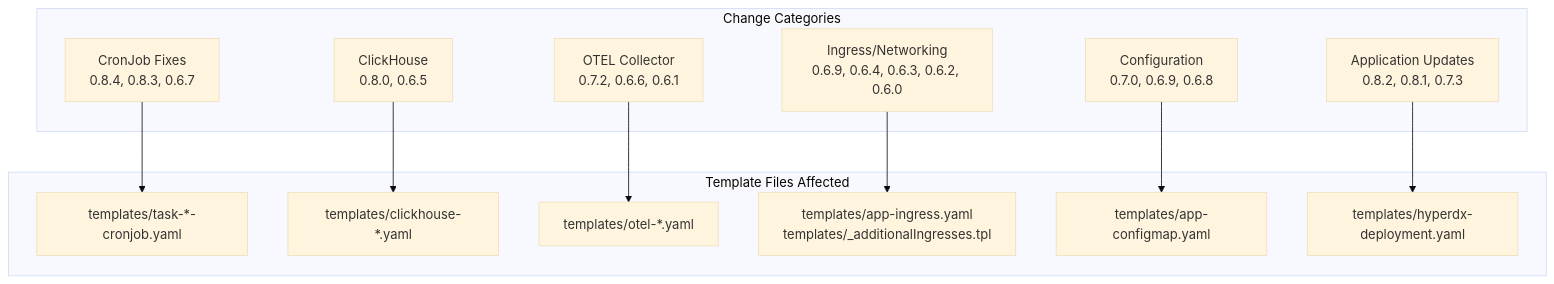
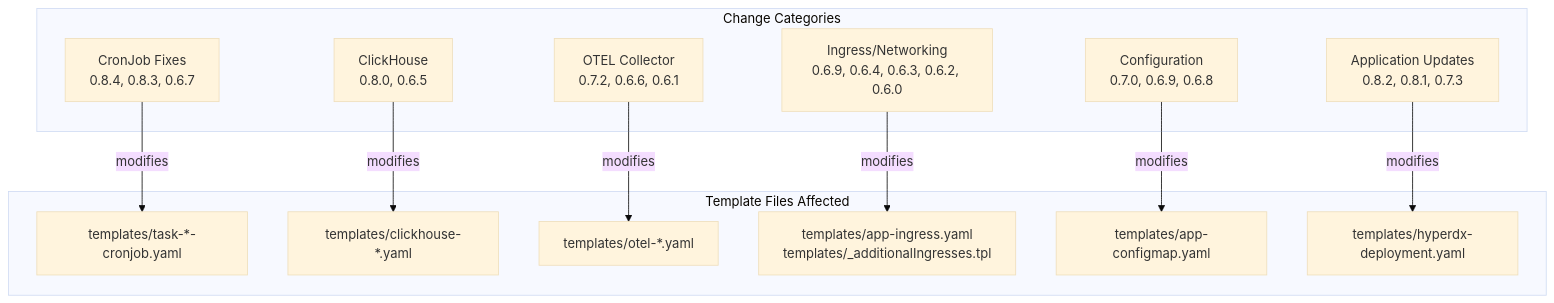
One commit to openchoreo/openchoreo changed the fifth of 6 diagrams in docs/hyperdxio-helm-charts-docs/What's-New.md. Above: the diagram before and after it, drawn with Mermaid (base theme). The commit also changed other lines of this file and 85 other files, not shown here.

Commit message:
feat: Add new workflow and specification templates, update Helm chart dependencies, and clarify documentation diagrams.

````diff
--- a/docs/hyperdxio-helm-charts-docs/What's-New.md
+++ b/docs/hyperdxio-helm-charts-docs/What's-New.md
@@ -265,41 +265,41 @@
 ```mermaid
 flowchart TD
 
 CronJob["CronJob Fixes<br>0.8.4, 0.8.3, 0.6.7"]
 ClickHouse["ClickHouse<br>0.8.0, 0.6.5"]
 OTEL["OTEL Collector<br>0.7.2, 0.6.6, 0.6.1"]
 Ingress["Ingress/Networking<br>0.6.9, 0.6.4, 0.6.3, 0.6.2, 0.6.0"]
 Config["Configuration<br>0.7.0, 0.6.9, 0.6.8"]
 App["Application Updates<br>0.8.2, 0.8.1, 0.7.3"]
 CronTemplate["templates/task-*-cronjob.yaml"]
 CHTemplate["templates/clickhouse-*.yaml"]
 OTELTemplate["templates/otel-*.yaml"]
 IngressTemplate["templates/app-ingress.yaml<br>templates/_additionalIngresses.tpl"]
 ConfigTemplate["templates/app-configmap.yaml"]
 DeployTemplate["templates/hyperdx-deployment.yaml"]
 
-CronJob --> CronTemplate
-ClickHouse --> CHTemplate
-OTEL --> OTELTemplate
-Ingress --> IngressTemplate
-Config --> ConfigTemplate
-App --> DeployTemplate
+CronJob -->|"modifies"| CronTemplate
+ClickHouse -->|"modifies"| CHTemplate
+OTEL -->|"modifies"| OTELTemplate
+Ingress -->|"modifies"| IngressTemplate
+Config -->|"modifies"| ConfigTemplate
+App -->|"modifies"| DeployTemplate
 
 subgraph subGraph1 ["Template Files Affected"]
     CronTemplate
     CHTemplate
     OTELTemplate
     IngressTemplate
     ConfigTemplate
     DeployTemplate
 end
 
 subgraph subGraph0 ["Change Categories"]
     CronJob
     ClickHouse
     OTEL
     Ingress
     Config
     App
 end
 ```
````
